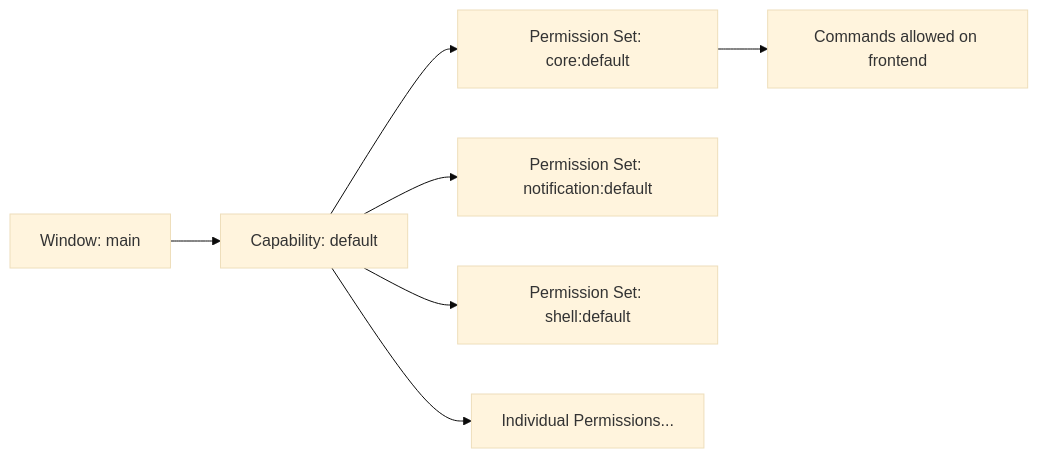
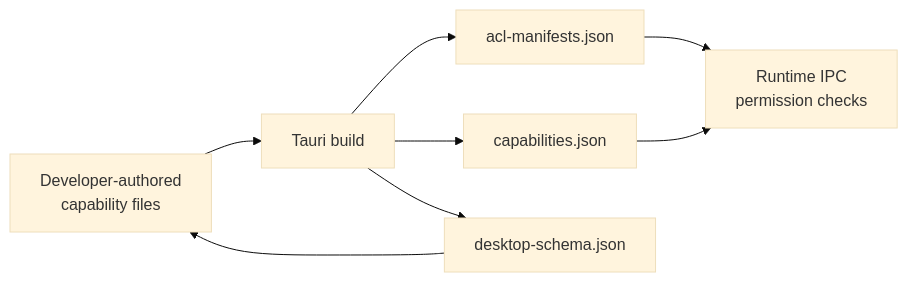
The diagram in other-librefang-desktop-gen.md (leszek3737/librefang-WIki), drawn with Mermaid (base theme) before and after one commit. The commit also changed other lines of this file and 98 other files, not shown here.

````diff
--- a/other-librefang-desktop-gen.md
+++ b/other-librefang-desktop-gen.md
@@ -21,9 +21,10 @@
 ```mermaid
-graph LR
-    A[Window: main] --> B[Capability: default]
-    B --> C[Permission Set: core:default]
-    B --> D[Permission Set: notification:default]
-    B --> E[Permission Set: shell:default]
-    B --> F[Individual Permissions...]
-    C --> G[Commands allowed on frontend]
+flowchart LR
+    A[Developer-authored<br>capability files] --> B[Tauri build]
+    B --> C[acl-manifests.json]
+    B --> D[capabilities.json]
+    B --> E[desktop-schema.json]
+    C --> F[Runtime IPC<br>permission checks]
+    D --> F
+    E --> A
 ```
````
